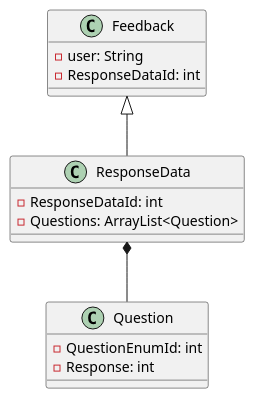
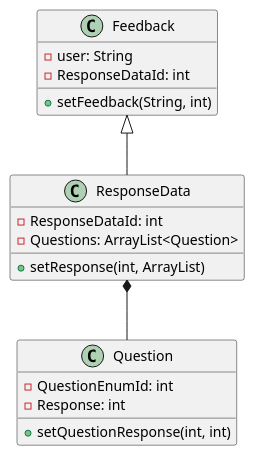
The diagram in src/main/java/Feedback.puml (raghav19897/Feedback_DM), drawn with PlantUML before and after one commit.

Commit message:
public functions for class

```diff
--- a/src/main/java/Feedback.puml
+++ b/src/main/java/Feedback.puml
@@ -1,19 +1,22 @@
 @startuml
 class Feedback{
 -user: String
 -ResponseDataId: int
++setFeedback(String, int)
 }
 
 class ResponseData{
 -ResponseDataId: int
 -Questions: ArrayList<Question>
++setResponse(int, ArrayList)
 }
 
 class Question{
 -QuestionEnumId: int
 -Response: int
++setQuestionResponse(int, int)
 }
 
 Feedback <|-- ResponseData
 ResponseData *-- Question
 @enduml
```
